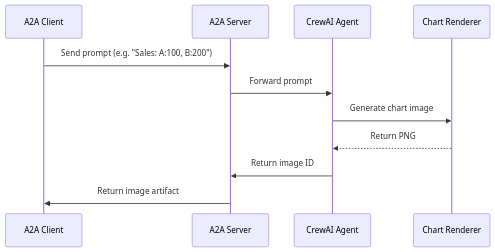
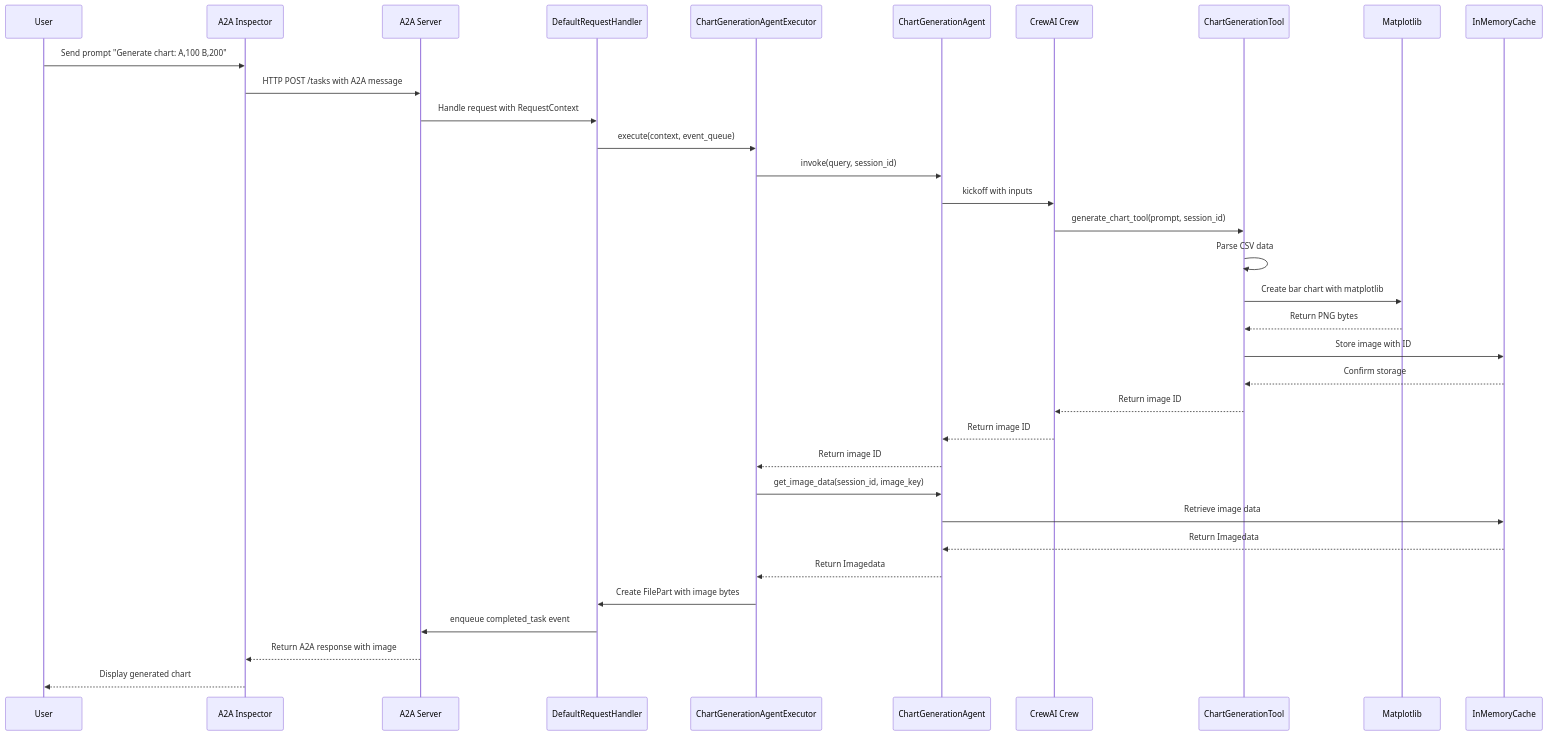
One commit to sing1ee/a2a-crewai-charts-agent changed the diagram in README.md. Above: the diagram before and after it, drawn with Mermaid. The commit also changed other lines of this file, not shown here.

````diff
--- a/README.md
+++ b/README.md
@@ -31,14 +72,37 @@
 ```mermaid
 sequenceDiagram
-    participant Client as A2A Client
-    participant Server as A2A Server
-    participant Agent as CrewAI Agent
-    participant Matplotlib as Chart Renderer
+    participant U as User
+    participant A2A as A2A Inspector
+    participant S as A2A Server
+    participant H as DefaultRequestHandler
+    participant E as ChartGenerationAgentExecutor
+    participant CA as ChartGenerationAgent
+    participant Crew as CrewAI Crew
+    participant Tool as ChartGenerationTool
+    participant MP as Matplotlib
+    participant Cache as InMemoryCache
 
-    Client->>Server: Send prompt (e.g. "Sales: A:100, B:200")
-    Server->>Agent: Forward prompt
-    Agent->>Matplotlib: Generate chart image
-    Matplotlib-->>Agent: Return PNG
-    Agent->>Server: Return image ID
-    Server->>Client: Return image artifact
+    U->>A2A: Send prompt "Generate chart: A,100 B,200"
+    A2A->>S: HTTP POST /tasks with A2A message
+    S->>H: Handle request with RequestContext
+    H->>E: execute(context, event_queue)
+    E->>CA: invoke(query, session_id)
+    CA->>Crew: kickoff with inputs
+    Crew->>Tool: generate_chart_tool(prompt, session_id)
+    Tool->>Tool: Parse CSV data
+    Tool->>MP: Create bar chart with matplotlib
+    MP-->>Tool: Return PNG bytes
+    Tool->>Cache: Store image with ID
+    Cache-->>Tool: Confirm storage
+    Tool-->>Crew: Return image ID
+    Crew-->>CA: Return image ID
+    CA-->>E: Return image ID
+    E->>CA: get_image_data(session_id, image_key)
+    CA->>Cache: Retrieve image data
+    Cache-->>CA: Return Imagedata
+    CA-->>E: Return Imagedata
+    E->>H: Create FilePart with image bytes
+    H->>S: enqueue completed_task event
+    S-->>A2A: Return A2A response with image
+    A2A-->>U: Display generated chart
 ```
````
